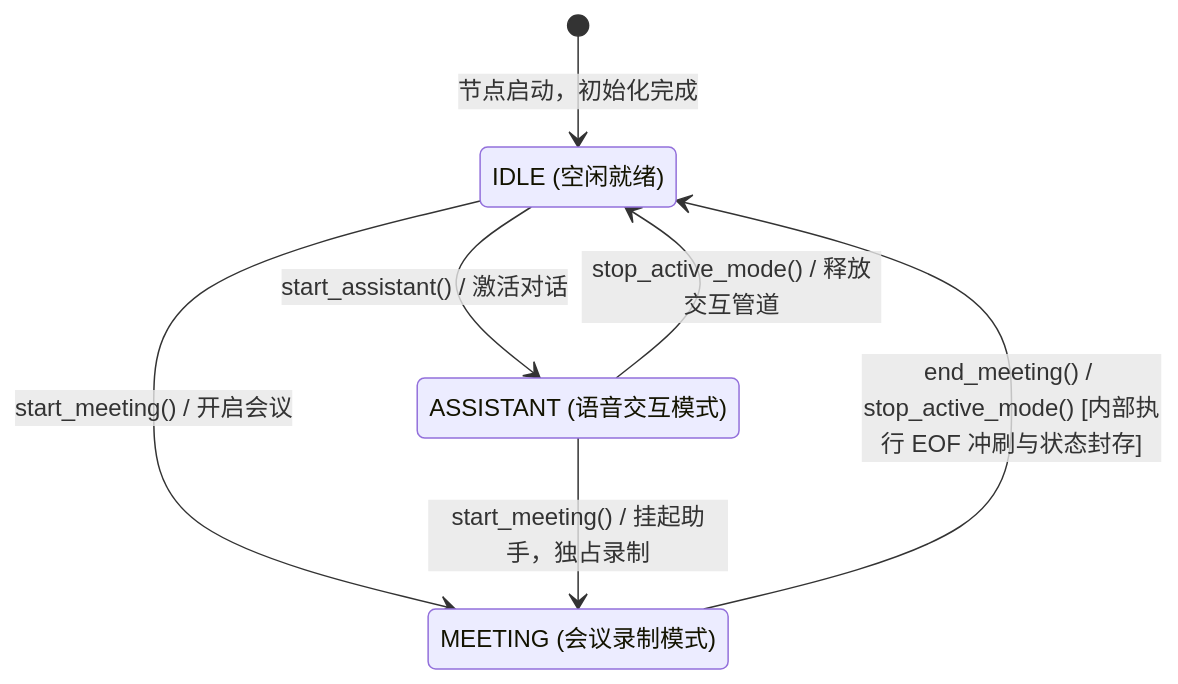
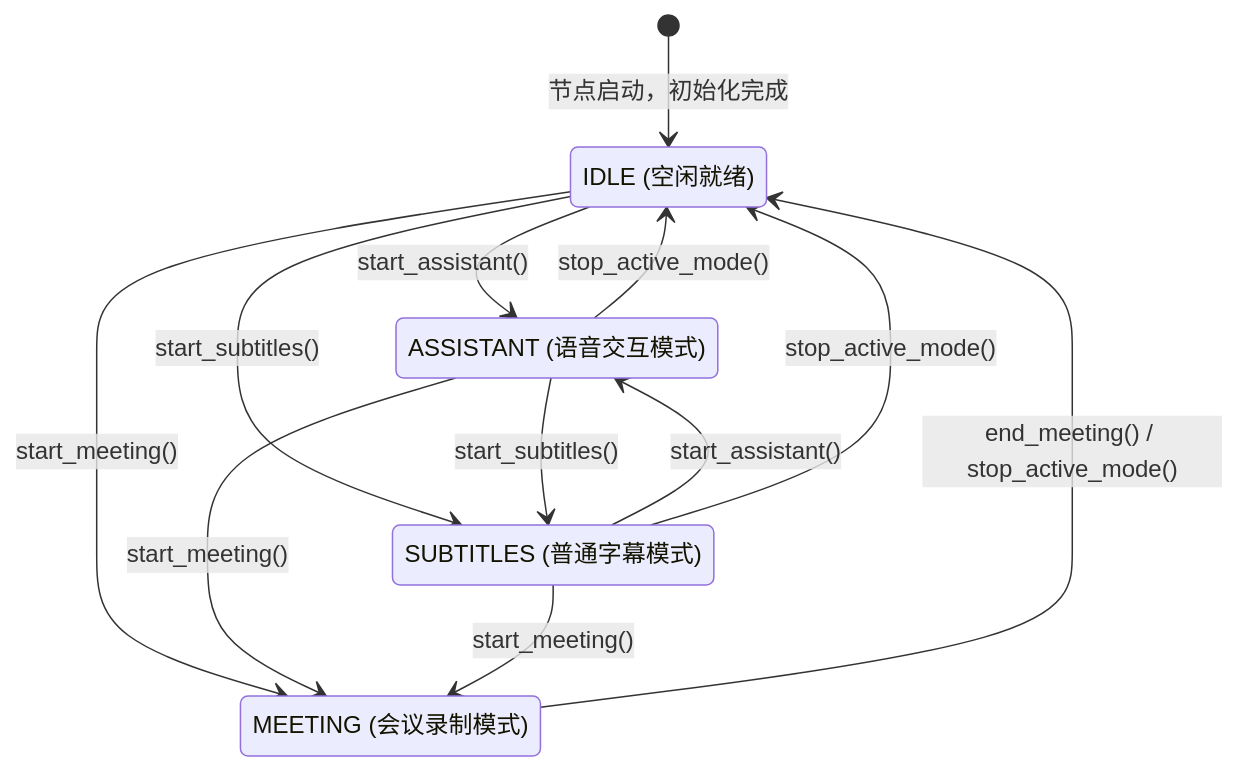
The third of 13 diagrams in docs/系统总体架构与详细设计方案.md (hrygo/voice-realtime), drawn with Mermaid before and after one commit. The commit also changed other lines of this file and 2 other files, not shown here.

````diff
--- a/docs/系统总体架构与详细设计方案.md
+++ b/docs/系统总体架构与详细设计方案.md
@@ -229,16 +233,20 @@
 ```mermaid
 stateDiagram-v2
     [*] --> IDLE : 节点启动，初始化完成
 
     state "IDLE (空闲就绪)" as IDLE
     state "ASSISTANT (语音交互模式)" as ASSISTANT
+    state "SUBTITLES (普通字幕模式)" as SUBTITLES
     state "MEETING (会议录制模式)" as MEETING
 
-    IDLE --> ASSISTANT : start_assistant() / 激活对话
-    ASSISTANT --> IDLE : stop_active_mode() / 释放交互管道
-
-    IDLE --> MEETING : start_meeting() / 开启会议
-    ASSISTANT --> MEETING : start_meeting() / 挂起助手，独占录制
-    
-    MEETING --> IDLE : end_meeting() / stop_active_mode() [内部执行 EOF 冲刷与状态封存]
+    IDLE --> ASSISTANT : start_assistant()
+    IDLE --> SUBTITLES : start_subtitles()
+    IDLE --> MEETING : start_meeting()
+    ASSISTANT --> SUBTITLES : start_subtitles()
+    SUBTITLES --> ASSISTANT : start_assistant()
+    ASSISTANT --> MEETING : start_meeting()
+    SUBTITLES --> MEETING : start_meeting()
+    ASSISTANT --> IDLE : stop_active_mode()
+    SUBTITLES --> IDLE : stop_active_mode()
+    MEETING --> IDLE : end_meeting() / stop_active_mode()
 ```
````
